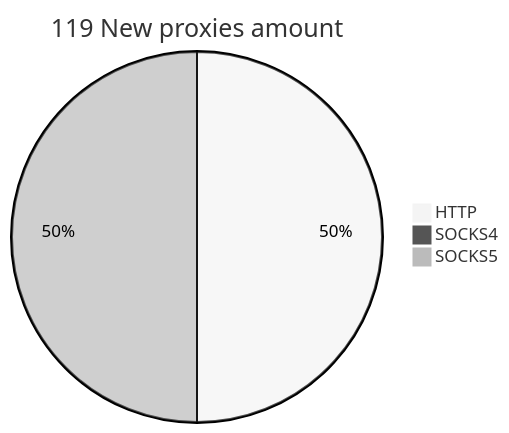
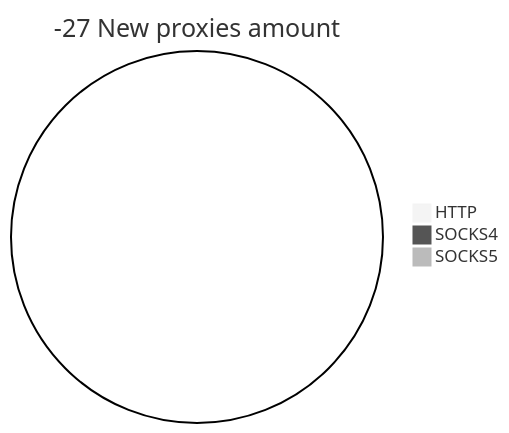
Before and after one commit to cutipu/proxylist: the second of 2 diagrams in README.md, drawn with Mermaid (neutral theme). The commit also changed other lines of this file, not shown here.

````diff
--- a/README.md
+++ b/README.md
@@ -10,6 +10,6 @@
 ```mermaid
-pie title 119 New proxies amount
-    "HTTP" : 66
+pie title -27 New proxies amount
+    "HTTP" : 0
     "SOCKS4" : 0
-    "SOCKS5" : 66
+    "SOCKS5" : 0
 ```
````
